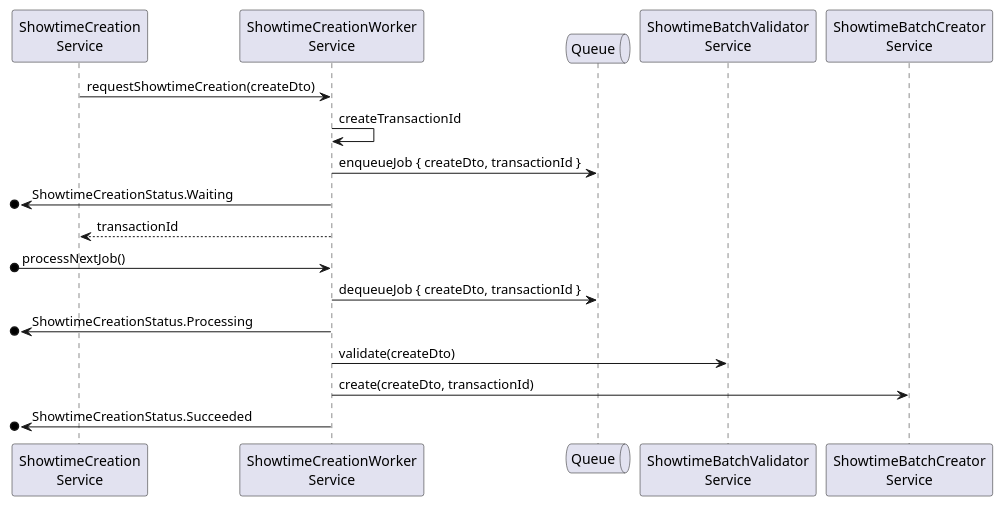
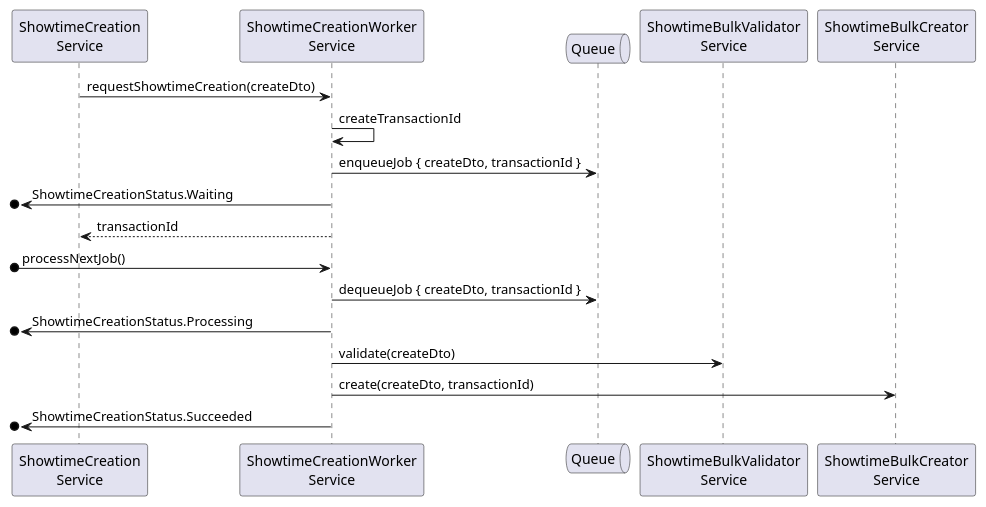
Before and after one commit to mannercode/mannercode.github.io: the tenth of 16 diagrams in _posts/2025-06-01-backend-design-3.md, drawn with PlantUML. The commit also changed other lines of this file and 122 other files, not shown here.

First line of the commit message:
Add UML diagrams for Showtime Creation workflow

```diff
--- a/_posts/2025-06-01-backend-design-3.md
+++ b/_posts/2025-06-01-backend-design-3.md
@@ -567,22 +595,22 @@
 {% plantuml %}
 @startuml
 participant "ShowtimeCreation\nService" as creation
 participant "ShowtimeCreationWorker\nService" as worker
 Queue Queue as queue
-participant "ShowtimeBatchValidator\nService" as validator
-participant "ShowtimeBatchCreator\nService" as creator
+participant "ShowtimeBulkValidator\nService" as validator
+participant "ShowtimeBulkCreator\nService" as creator
 
 creation -> worker: requestShowtimeCreation(createDto)
 worker -> worker: createTransactionId
 worker -> queue: enqueueJob { createDto, transactionId }
 [o<- worker  : ShowtimeCreationStatus.Waiting
 creation <-- worker: transactionId
 [o-> worker:processNextJob()
 worker -> queue: dequeueJob { createDto, transactionId }
 [o<- worker  : ShowtimeCreationStatus.Processing
 worker -> validator: validate(createDto)
 worker -> creator: create(createDto, transactionId)
 [o<- worker  : ShowtimeCreationStatus.Succeeded
 
 @enduml
 {% endplantuml %}
```
